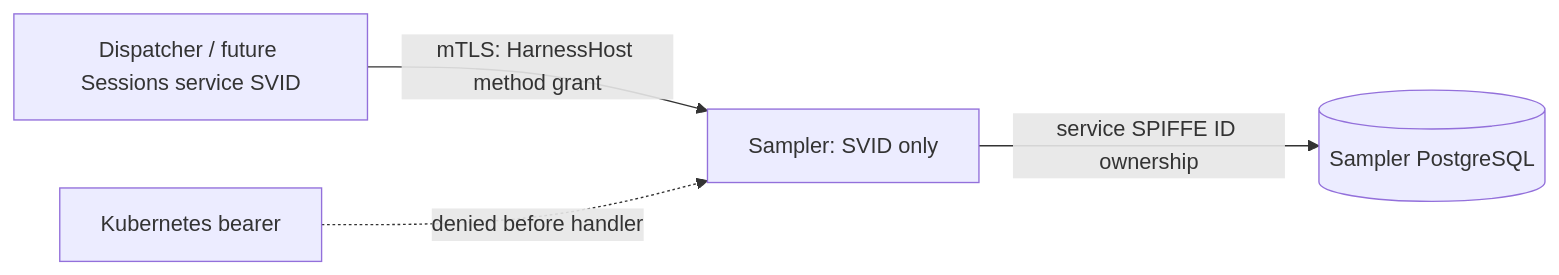
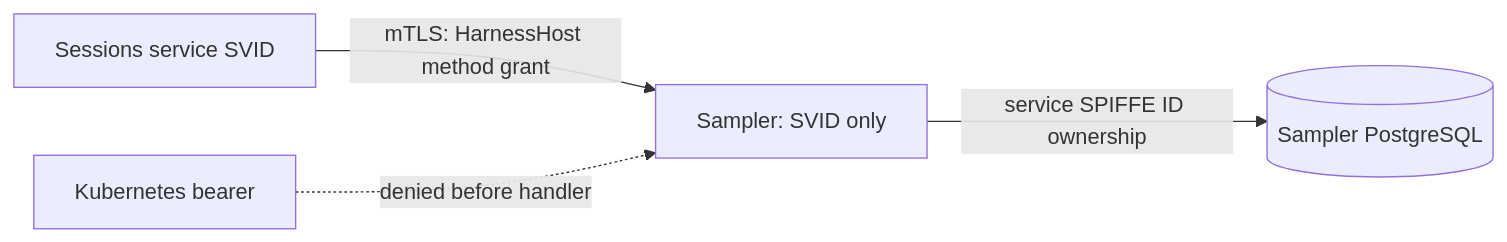
One commit to agentydragon/ducktape changed the fifth of 18 diagrams in agentplane/docs/system_overview.md. Above: the diagram before and after it, drawn with Mermaid. The commit also changed other lines of this file and 80 other files, not shown here.

````diff
--- a/agentplane/docs/system_overview.md
+++ b/agentplane/docs/system_overview.md
@@ -487,6 +469,6 @@
 ```mermaid
 flowchart LR
-    sessions[Dispatcher / future Sessions service SVID] -->|mTLS: HarnessHost method grant| sampler[Sampler: SVID only]
+    sessions[Sessions service SVID] -->|mTLS: HarnessHost method grant| sampler[Sampler: SVID only]
     bearer[Kubernetes bearer] -.->|denied before handler| sampler
     sampler -->|service SPIFFE ID ownership| db[(Sampler PostgreSQL)]
 ```
````
